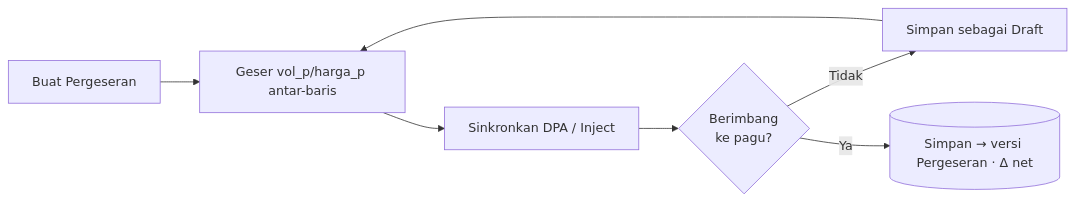
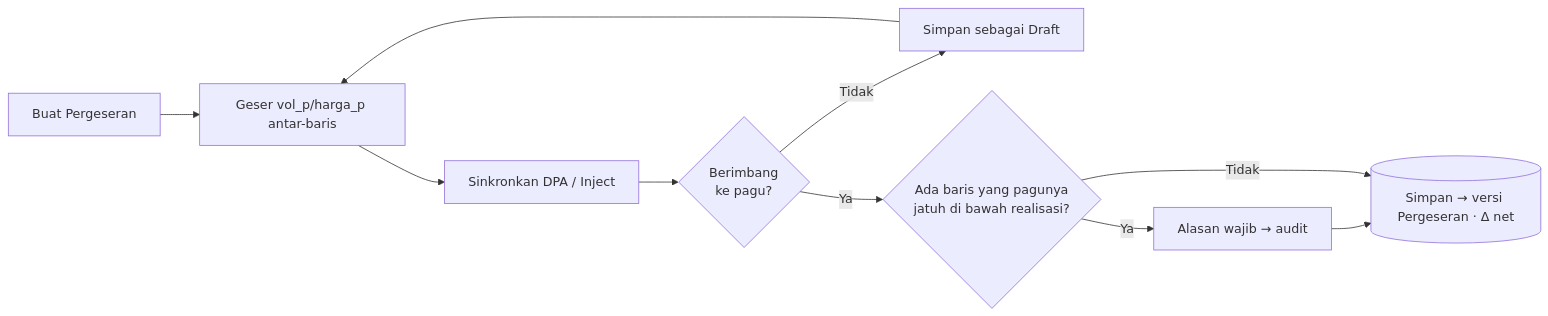
Before and after one commit to aminomonev-ux/prima-web-3: the third of 4 diagrams in docs/TUTORIAL-blud.md, drawn with Mermaid. The commit also changed other lines of this file and 20 other files, not shown here.

````diff
--- a/docs/TUTORIAL-blud.md
+++ b/docs/TUTORIAL-blud.md
@@ -196,8 +255,10 @@
 ```mermaid
 flowchart LR
     A[Buat Pergeseran] --> B[Geser vol_p/harga_p antar-baris]
     B --> C[Sinkronkan DPA / Inject]
     C --> D{Berimbang<br/>ke pagu?}
     D -->|Tidak| E[Simpan sebagai Draft] --> B
-    D -->|Ya| F[(Simpan → versi Pergeseran · Δ net)]
+    D -->|Ya| F{Ada baris yang pagunya<br/>jatuh di bawah realisasi?}
+    F -->|Ya| G[Alasan wajib → audit] --> H
+    F -->|Tidak| H[(Simpan → versi Pergeseran · Δ net)]
 ```
````
